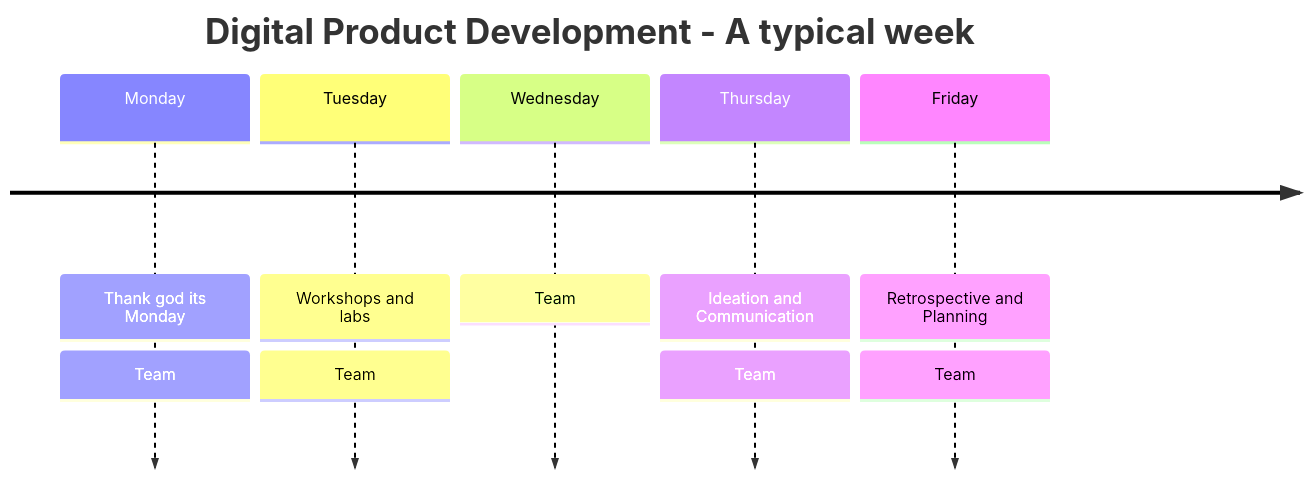
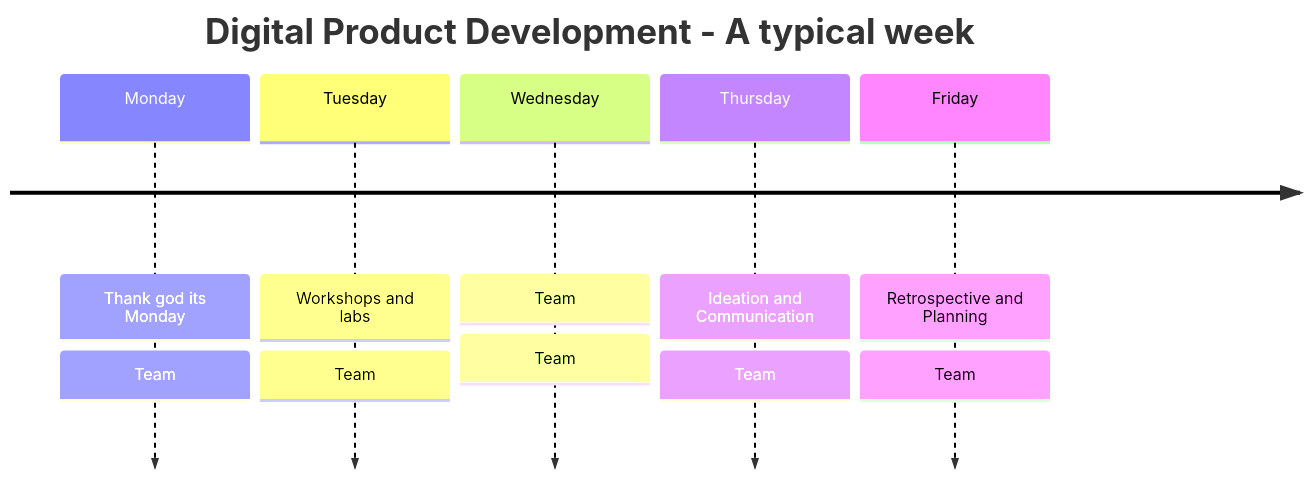
The second of 2 diagrams in profile/README.md (kea-dpd/.github), drawn with Mermaid before and after one commit.

````diff
--- a/profile/README.md
+++ b/profile/README.md
@@ -124,23 +124,24 @@
 ```mermaid
 %%{
     init: { 
         'logLevel': 'debug',
         'theme': 'emerald' ,
         'themeVariables': {
             fontFamily : 'Oswald'
         }
     }
  }%%
  
 timeline
     title Digital Product Development - A typical week
       Monday    : Thank god its Monday
                 : Team
       Tuesday   : Workshops and labs
                 : Team
       Wednesday : Team
+                : Team
       Thursday  : Ideation and Communication
                 : Team
       Friday    : Retrospective and Planning
                 : Team
 ```
````
